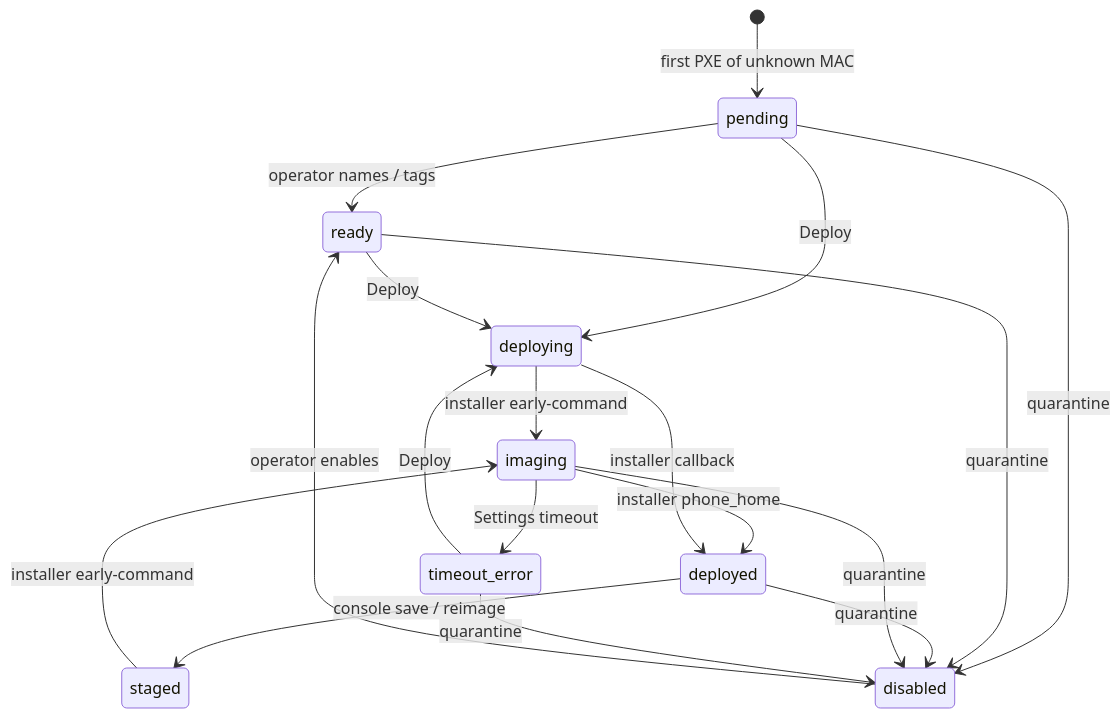
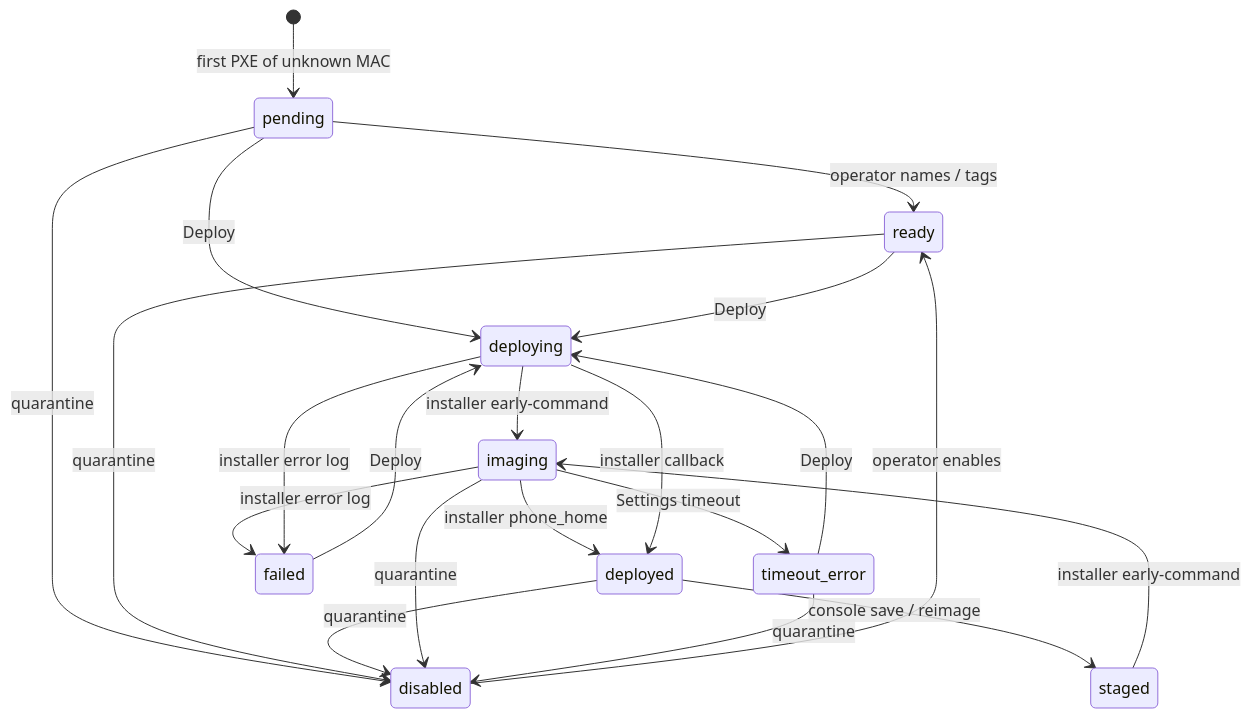
Before and after one commit to hometinker12/home-lab-pxe: the ninth of 24 diagrams in ARCHITECTURE.md, drawn with Mermaid. The commit also changed other lines of this file and 50 other files, not shown here.

````diff
--- a/ARCHITECTURE.md
+++ b/ARCHITECTURE.md
@@ -209,20 +209,23 @@
 ```mermaid
 stateDiagram-v2
   [*] --> pending: first PXE of unknown MAC
   pending --> ready: operator names / tags
   pending --> deploying: Deploy
   ready --> deploying: Deploy
   deploying --> imaging: installer early-command
   staged --> imaging: installer early-command
   imaging --> deployed: installer phone_home
   imaging --> timeout_error: Settings timeout
+  imaging --> failed: installer error log
+  deploying --> failed: installer error log
+  failed --> deploying: Deploy
   timeout_error --> deploying: Deploy
   deploying --> deployed: installer callback
   deployed --> staged: console save / reimage
   pending --> disabled: quarantine
   ready --> disabled: quarantine
   deployed --> disabled: quarantine
   imaging --> disabled: quarantine
   timeout_error --> disabled: quarantine
   disabled --> ready: operator enables
 ```
````
